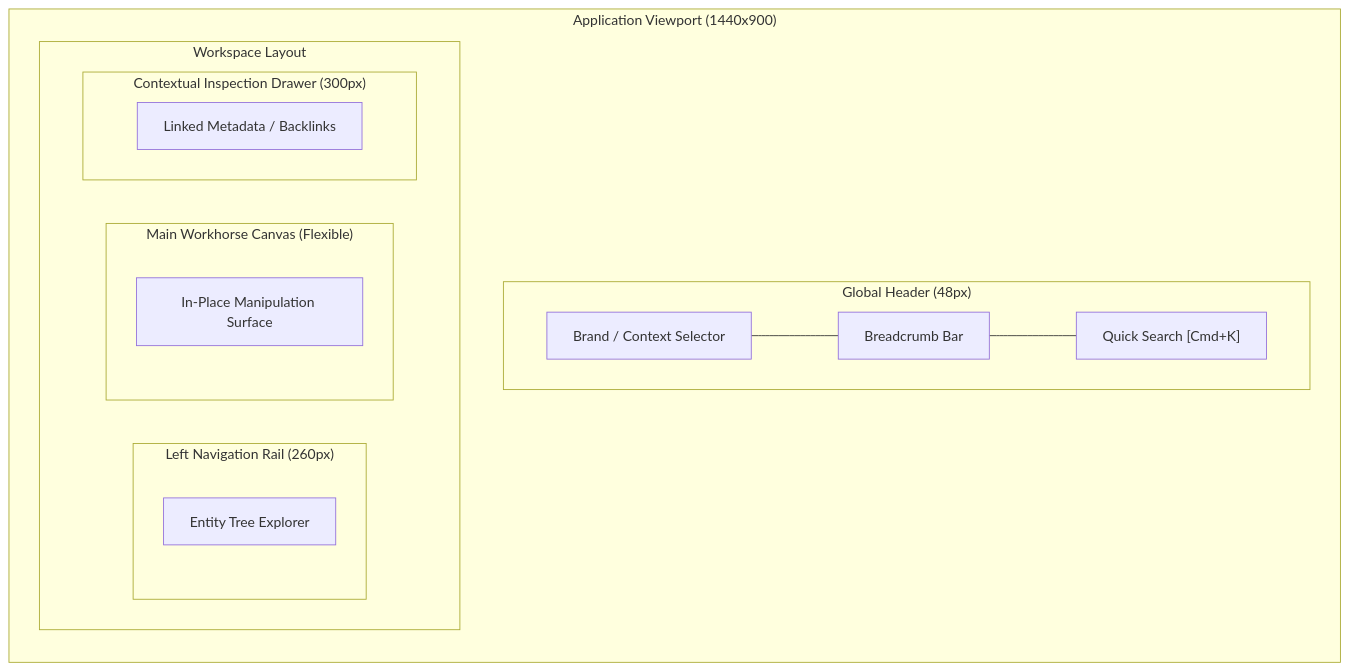
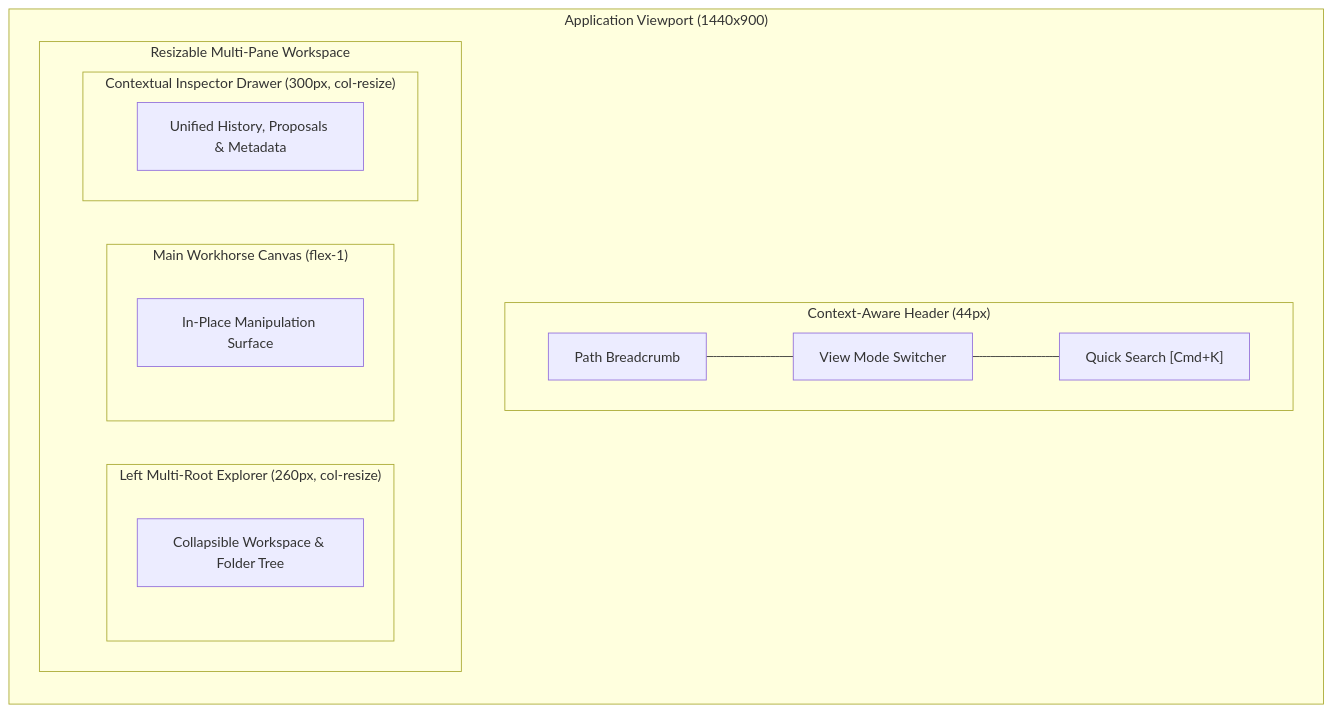
One commit to BeOjefe/cgspec changed the third of 3 diagrams in skills/cgspec-ui-ux/playbooks/02-layout-and-interaction.md. Above: the diagram before and after it, drawn with Mermaid. The commit also changed other lines of this file and 14 other files, not shown here.

Commit message:
refactor(cgspec): enforce DRY 3-tier progressive disclosure, unified 4-section skill schema, and schema-leakage/capability-hiding visual audit laws (M-010)

````diff
--- a/skills/cgspec-ui-ux/playbooks/02-layout-and-interaction.md
+++ b/skills/cgspec-ui-ux/playbooks/02-layout-and-interaction.md
@@ -75,21 +54,21 @@
 ```mermaid
 flowchart TB
   subgraph Viewport ["Application Viewport (1440x900)"]
     direction TB
-    subgraph Header ["Global Header (48px)"]
-      H1["Brand / Context Selector"] --- H2["Breadcrumb Bar"] --- H3["Quick Search [Cmd+K]"]
+    subgraph Header ["Context-Aware Header (44px)"]
+      H1["Path Breadcrumb"] --- H2["View Mode Switcher"] --- H3["Quick Search [Cmd+K]"]
     end
-    subgraph Body ["Workspace Layout"]
+    subgraph Body ["Resizable Multi-Pane Workspace"]
       direction LR
-      subgraph Rail ["Left Navigation Rail (260px)"]
-        R1["Entity Tree Explorer"]
+      subgraph Rail ["Left Multi-Root Explorer (260px, col-resize)"]
+        R1["Collapsible Workspace & Folder Tree"]
       end
-      subgraph Canvas ["Main Workhorse Canvas (Flexible)"]
+      subgraph Canvas ["Main Workhorse Canvas (flex-1)"]
         C1["In-Place Manipulation Surface"]
       end
-      subgraph Drawer ["Contextual Inspection Drawer (300px)"]
-        D1["Linked Metadata / Backlinks"]
+      subgraph Drawer ["Contextual Inspector Drawer (300px, col-resize)"]
+        D1["Unified History, Proposals & Metadata"]
       end
     end
   end
 ```
````
